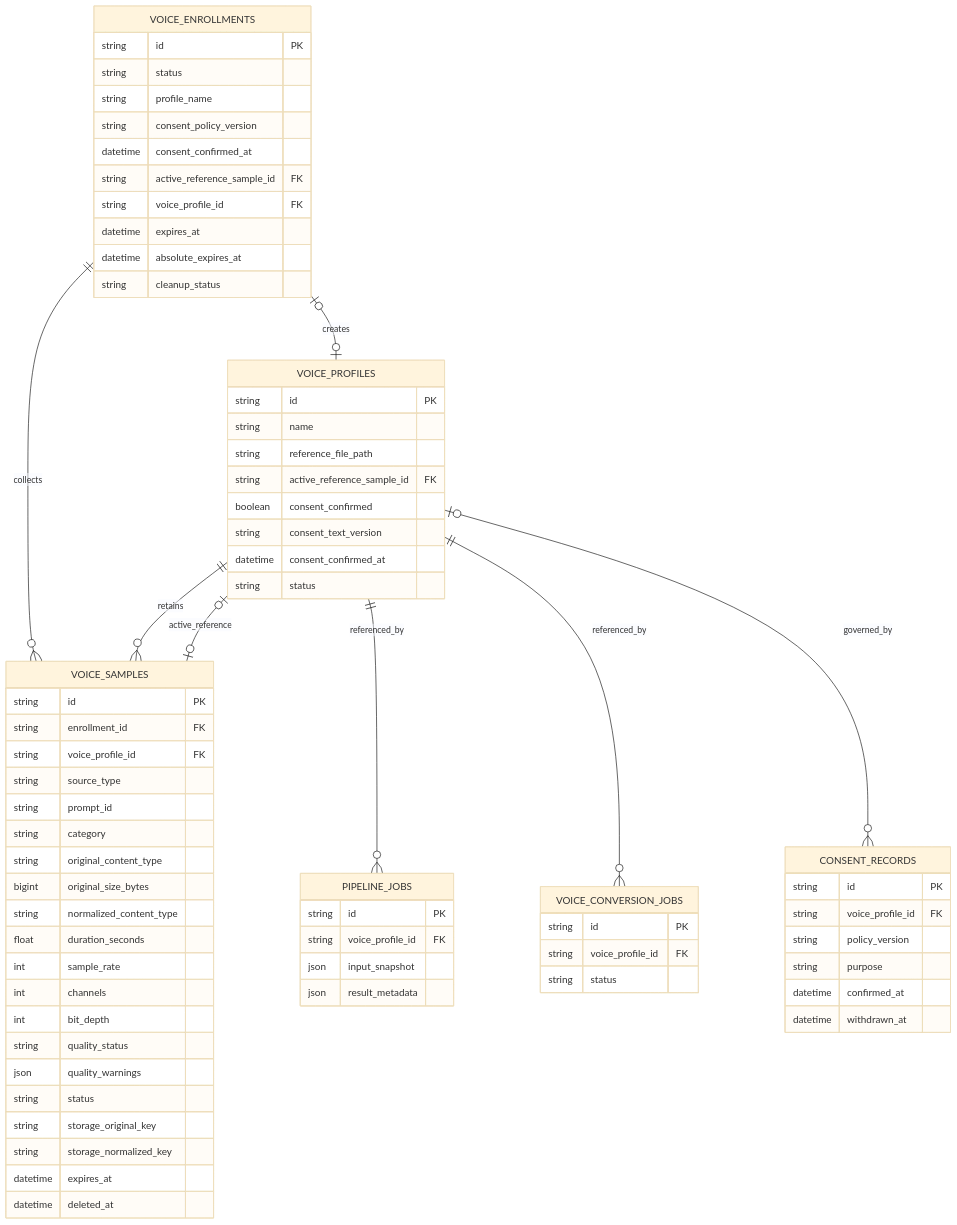
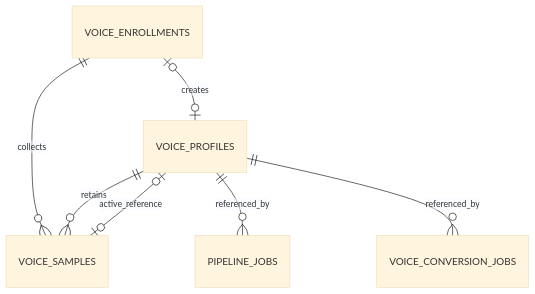
Before and after one commit to DohaStudio/DohaMusic: the diagram in docs/07-database/voice-enrollment-data-model.md, drawn with Mermaid (base theme). The commit also changed other lines of this file and 26 other files, not shown here.

````diff
--- a/docs/07-database/voice-enrollment-data-model.md
+++ b/docs/07-database/voice-enrollment-data-model.md
@@ -100,79 +23,9 @@
 ```mermaid
 erDiagram
   VOICE_ENROLLMENTS ||--o{ VOICE_SAMPLES : collects
   VOICE_ENROLLMENTS o|--o| VOICE_PROFILES : creates
   VOICE_PROFILES ||--o{ VOICE_SAMPLES : retains
   VOICE_PROFILES o|--o| VOICE_SAMPLES : active_reference
   VOICE_PROFILES ||--o{ PIPELINE_JOBS : referenced_by
   VOICE_PROFILES ||--o{ VOICE_CONVERSION_JOBS : referenced_by
-  VOICE_PROFILES o|--o{ CONSENT_RECORDS : governed_by
-
-  VOICE_ENROLLMENTS {
-    string id PK
-    string status
-    string profile_name
-    string consent_policy_version
-    datetime consent_confirmed_at
-    string active_reference_sample_id FK
-    string voice_profile_id FK
-    datetime expires_at
-    datetime absolute_expires_at
-    string cleanup_status
-  }
-
-  VOICE_SAMPLES {
-    string id PK
-    string enrollment_id FK
-    string voice_profile_id FK
-    string source_type
-    string prompt_id
-    string category
-    string original_content_type
-    bigint original_size_bytes
-    string normalized_content_type
-    float duration_seconds
-    int sample_rate
-    int channels
-    int bit_depth
-    string quality_status
-    json quality_warnings
-    string status
-    string storage_original_key
-    string storage_normalized_key
-    datetime expires_at
-    datetime deleted_at
-  }
-
-  VOICE_PROFILES {
-    string id PK
-    string name
-    string reference_file_path
-    string active_reference_sample_id FK
-    boolean consent_confirmed
-    string consent_text_version
-    datetime consent_confirmed_at
-    string status
-  }
-
-  CONSENT_RECORDS {
-    string id PK
-    string voice_profile_id FK
-    string policy_version
-    string purpose
-    datetime confirmed_at
-    datetime withdrawn_at
-  }
-
-  PIPELINE_JOBS {
-    string id PK
-    string voice_profile_id FK
-    json input_snapshot
-    json result_metadata
-  }
-
-  VOICE_CONVERSION_JOBS {
-    string id PK
-    string voice_profile_id FK
-    string status
-  }
 ```
````
